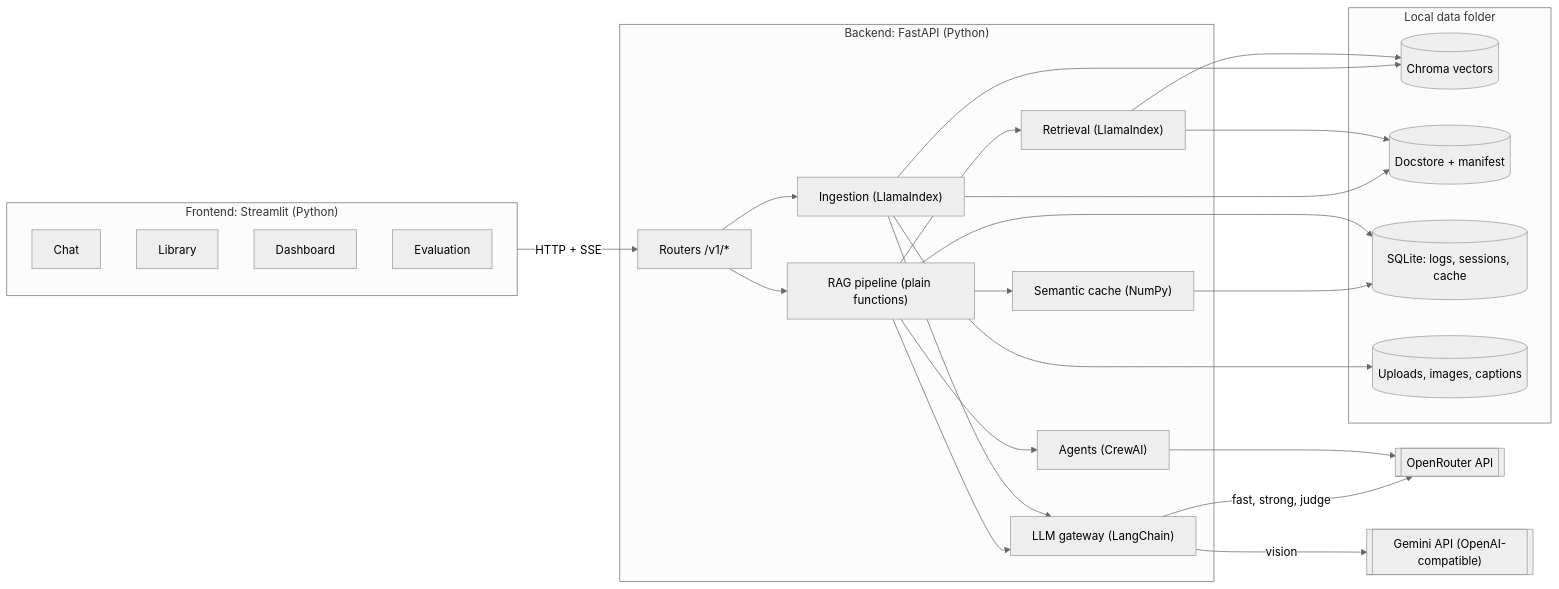
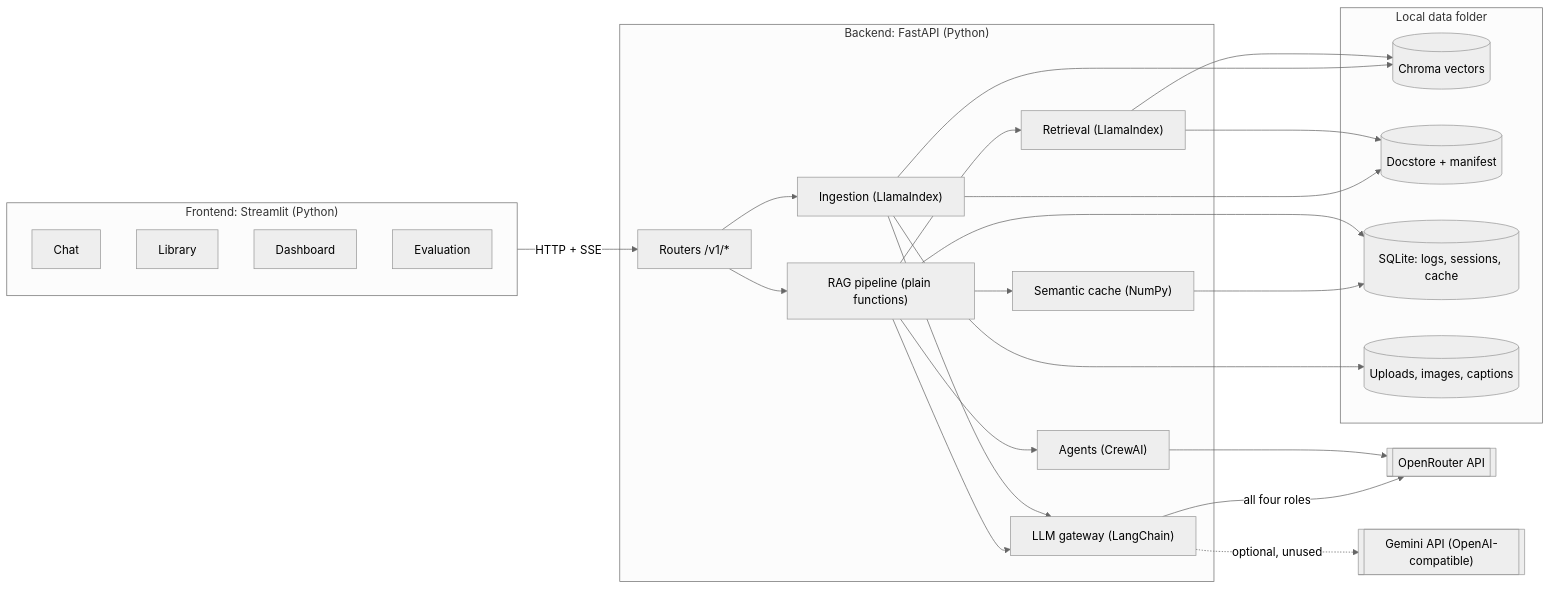
One commit to f243077-cell/Cited-RAG-Project changed the first of 4 diagrams in docs/ARCHITECTURE.md. Above: the diagram before and after it, drawn with Mermaid (neutral theme). The commit also changed other lines of this file and 2 other files, not shown here.

````diff
--- a/docs/ARCHITECTURE.md
+++ b/docs/ARCHITECTURE.md
@@ -76,44 +76,44 @@
 ```mermaid
 flowchart LR
   subgraph FE["Frontend: Streamlit (Python)"]
     UI1["Chat"]
     UI2["Library"]
     UI3["Dashboard"]
     UI4["Evaluation"]
   end
   subgraph BE["Backend: FastAPI (Python)"]
     RT["Routers /v1/*"]
     PL["RAG pipeline (plain functions)"]
     CA["Semantic cache (NumPy)"]
     GW["LLM gateway (LangChain)"]
     IN["Ingestion (LlamaIndex)"]
     RE["Retrieval (LlamaIndex)"]
     AG["Agents (CrewAI)"]
   end
   subgraph DATA["Local data folder"]
     CH[("Chroma vectors")]
     DS[("Docstore + manifest")]
     SQ[("SQLite: logs, sessions, cache")]
     FS[("Uploads, images, captions")]
   end
   LLM[["OpenRouter API"]]
   GEM[["Gemini API (OpenAI-compatible)"]]
   FE -->|"HTTP + SSE"| RT
   RT --> PL
   RT --> IN
   PL --> CA
   PL --> RE
   PL --> GW
   PL --> AG
   IN --> GW
   IN --> CH
   IN --> DS
   RE --> CH
   RE --> DS
   CA --> SQ
   PL --> SQ
-  GW -->|"fast, strong, judge"| LLM
-  GW -->|"vision"| GEM
+  GW -->|"all four roles"| LLM
+  GW -.->|"optional, unused"| GEM
   AG --> LLM
   IN --> FS
 ```
````
